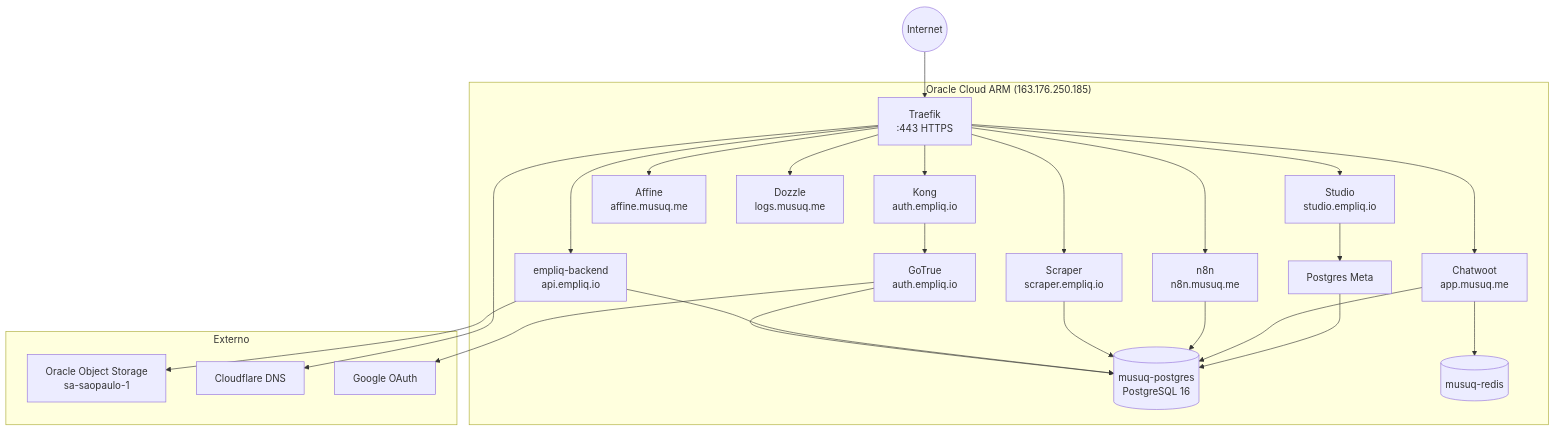
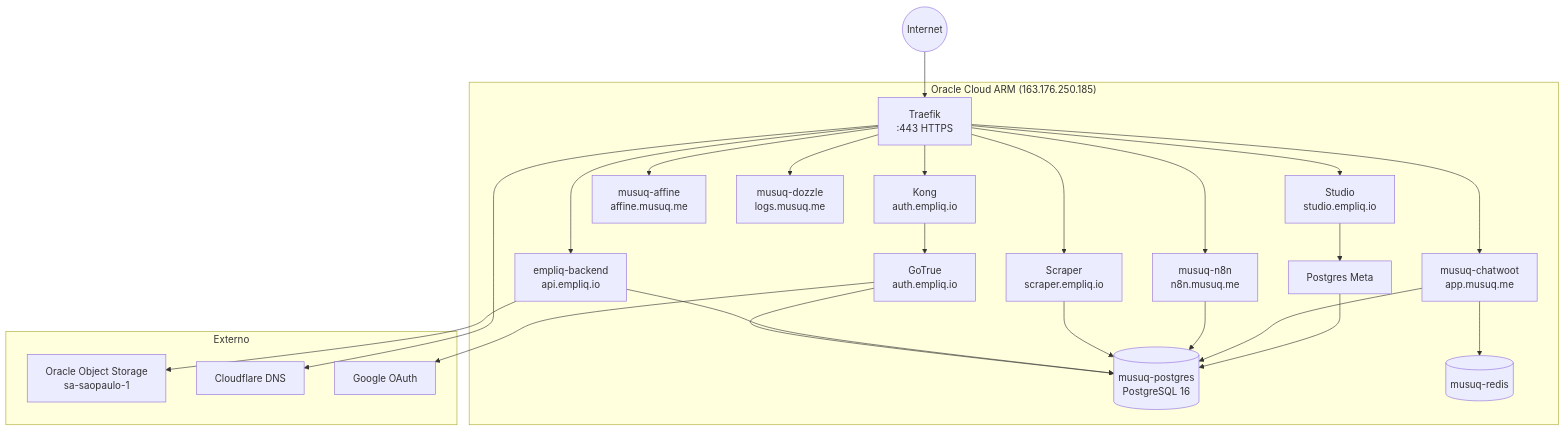
Before and after one commit to Mingbling1/CareerWiki: the second of 6 diagrams in docs/ARCHITECTURE.md, drawn with Mermaid. The commit also changed other lines of this file, not shown here.

First line of the commit message:
docs: update container naming convention in ARCHITECTURE.md

````diff
--- a/docs/ARCHITECTURE.md
+++ b/docs/ARCHITECTURE.md
@@ -67,47 +67,47 @@
 ```mermaid
 graph TB
     subgraph "Oracle Cloud ARM (163.176.250.185)"
         TRAEFIK[Traefik<br/>:443 HTTPS]
         PG[(musuq-postgres<br/>PostgreSQL 16)]
         REDIS[(musuq-redis)]
         BACKEND[empliq-backend<br/>api.empliq.io]
         AUTH[GoTrue<br/>auth.empliq.io]
         KONG[Kong<br/>auth.empliq.io]
         META[Postgres Meta]
         STUDIO_P[Studio<br/>studio.empliq.io]
         SCRAPER[Scraper<br/>scraper.empliq.io]
-        N8N_P[n8n<br/>n8n.musuq.me]
-        CW[Chatwoot<br/>app.musuq.me]
-        AF[Affine<br/>affine.musuq.me]
-        DOZ[Dozzle<br/>logs.musuq.me]
+        N8N_P[musuq-n8n<br/>n8n.musuq.me]
+        CW[musuq-chatwoot<br/>app.musuq.me]
+        AF[musuq-affine<br/>affine.musuq.me]
+        DOZ[musuq-dozzle<br/>logs.musuq.me]
     end
 
     INET((Internet)) --> TRAEFIK
     TRAEFIK --> BACKEND
     TRAEFIK --> KONG
     TRAEFIK --> STUDIO_P
     TRAEFIK --> SCRAPER
     TRAEFIK --> N8N_P
     TRAEFIK --> CW
     TRAEFIK --> AF
     TRAEFIK --> DOZ
     KONG --> AUTH
     AUTH --> PG
     BACKEND --> PG
     SCRAPER --> PG
     N8N_P --> PG
     CW --> PG
     CW --> REDIS
     META --> PG
     STUDIO_P --> META
 
     subgraph "Externo"
         OCI[Oracle Object Storage<br/>sa-saopaulo-1]
         CF[Cloudflare DNS]
         GOOGLE[Google OAuth]
     end
 
     BACKEND --> OCI
     TRAEFIK --> CF
     AUTH --> GOOGLE
 ```
````
